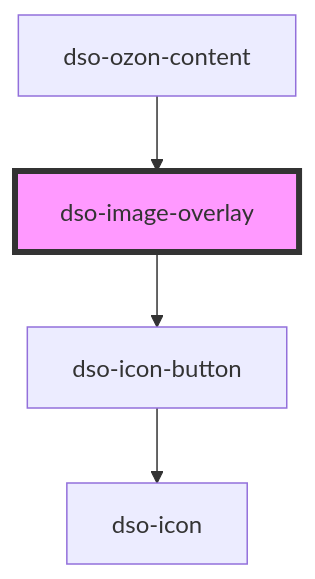
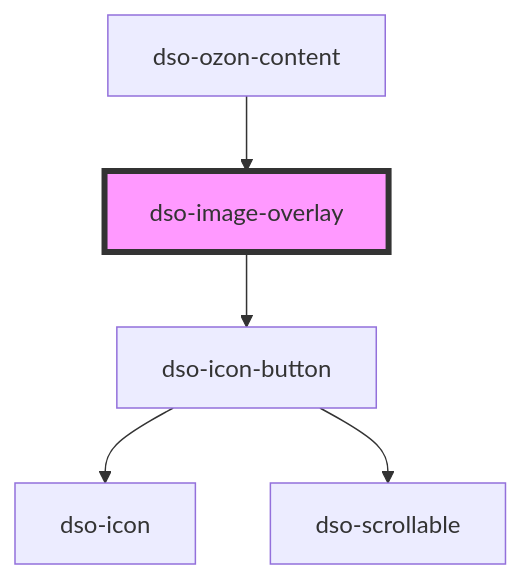
Before and after one commit to dso-toolkit/dso-toolkit: the diagram in packages/core/src/components/image-overlay/readme.md, drawn with Mermaid. The commit also changed 38 other files, not shown here.

````diff
--- a/packages/core/src/components/image-overlay/readme.md
+++ b/packages/core/src/components/image-overlay/readme.md
@@ -26,7 +26,8 @@
 ```mermaid
 graph TD;
   dso-image-overlay --> dso-icon-button
   dso-icon-button --> dso-icon
+  dso-icon-button --> dso-scrollable
   dso-ozon-content --> dso-image-overlay
   style dso-image-overlay fill:#f9f,stroke:#333,stroke-width:4px
 ```
````
